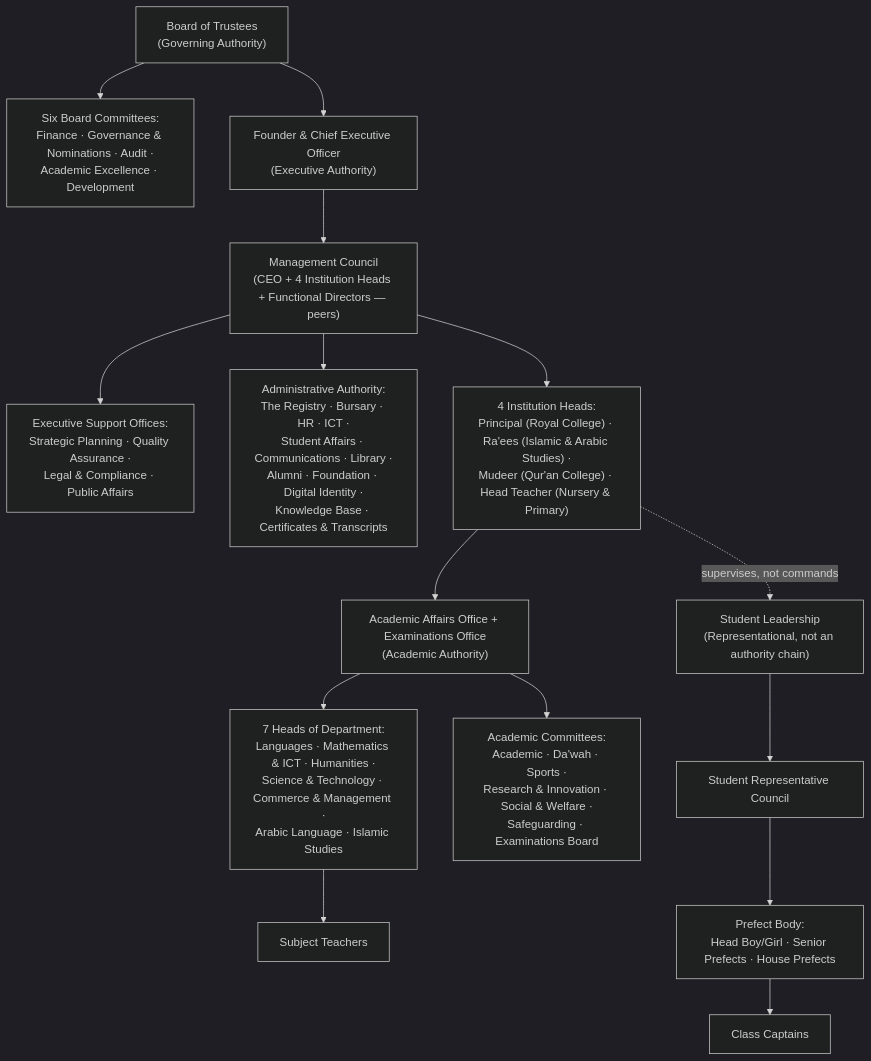
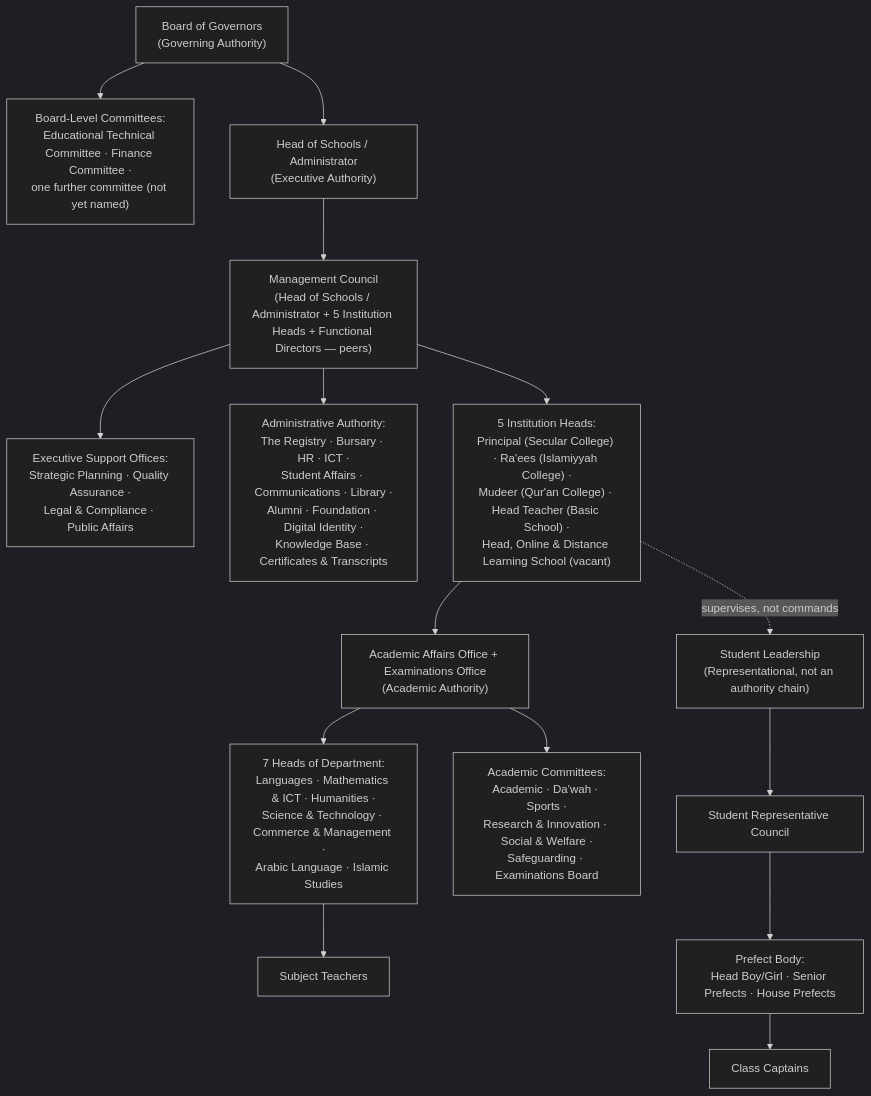
One commit to ahmadsulaimiy1/Sultan- changed the diagram in docs/shrs-institutional-governance-architecture-2026.md. Above: the diagram before and after it, drawn with Mermaid (dark theme). The commit also changed other lines of this file and 24 other files, not shown here.

````diff
--- a/docs/shrs-institutional-governance-architecture-2026.md
+++ b/docs/shrs-institutional-governance-architecture-2026.md
@@ -190,18 +190,18 @@
 ```mermaid
 graph TD
-  BOT["Board of Trustees<br/>(Governing Authority)"]
-  BOT --> BC["Six Board Committees:<br/>Finance · Governance & Nominations · Audit ·<br/>Academic Excellence · Development"]
-  BOT --> CEO["Founder & Chief Executive Officer<br/>(Executive Authority)"]
-  CEO --> MC["Management Council<br/>(CEO + 4 Institution Heads + Functional Directors — peers)"]
+  BOG["Board of Governors<br/>(Governing Authority)"]
+  BOG --> BC["Board-Level Committees:<br/>Educational Technical Committee · Finance Committee ·<br/>one further committee (not yet named)"]
+  BOG --> HSA["Head of Schools / Administrator<br/>(Executive Authority)"]
+  HSA --> MC["Management Council<br/>(Head of Schools / Administrator + 5 Institution Heads + Functional Directors — peers)"]
   MC --> ESO["Executive Support Offices:<br/>Strategic Planning · Quality Assurance ·<br/>Legal &amp; Compliance · Public Affairs"]
   MC --> ADM["Administrative Authority:<br/>The Registry · Bursary · HR · ICT ·<br/>Student Affairs · Communications · Library ·<br/>Alumni · Foundation · Digital Identity ·<br/>Knowledge Base · Certificates &amp; Transcripts"]
-  MC --> HEADS["4 Institution Heads:<br/>Principal (Royal College) · Ra'ees (Islamic &amp; Arabic Studies) ·<br/>Mudeer (Qur'an College) · Head Teacher (Nursery &amp; Primary)"]
+  MC --> HEADS["5 Institution Heads:<br/>Principal (Secular College) · Ra'ees (Islamiyyah College) ·<br/>Mudeer (Qur'an College) · Head Teacher (Basic School) ·<br/>Head, Online &amp; Distance Learning School (vacant)"]
   HEADS --> AA["Academic Affairs Office + Examinations Office<br/>(Academic Authority)"]
   AA --> HOD["7 Heads of Department:<br/>Languages · Mathematics &amp; ICT · Humanities ·<br/>Science &amp; Technology · Commerce &amp; Management ·<br/>Arabic Language · Islamic Studies"]
   HOD --> TCH["Subject Teachers"]
   AA --> ACOM["Academic Committees:<br/>Academic · Da'wah · Sports ·<br/>Research &amp; Innovation · Social &amp; Welfare ·<br/>Safeguarding · Examinations Board"]
   HEADS -.supervises, not commands.-> SL["Student Leadership<br/>(Representational, not an authority chain)"]
   SL --> SRC["Student Representative Council"]
   SRC --> PB["Prefect Body:<br/>Head Boy/Girl · Senior Prefects · House Prefects"]
   PB --> CC["Class Captains"]
 ```
````
